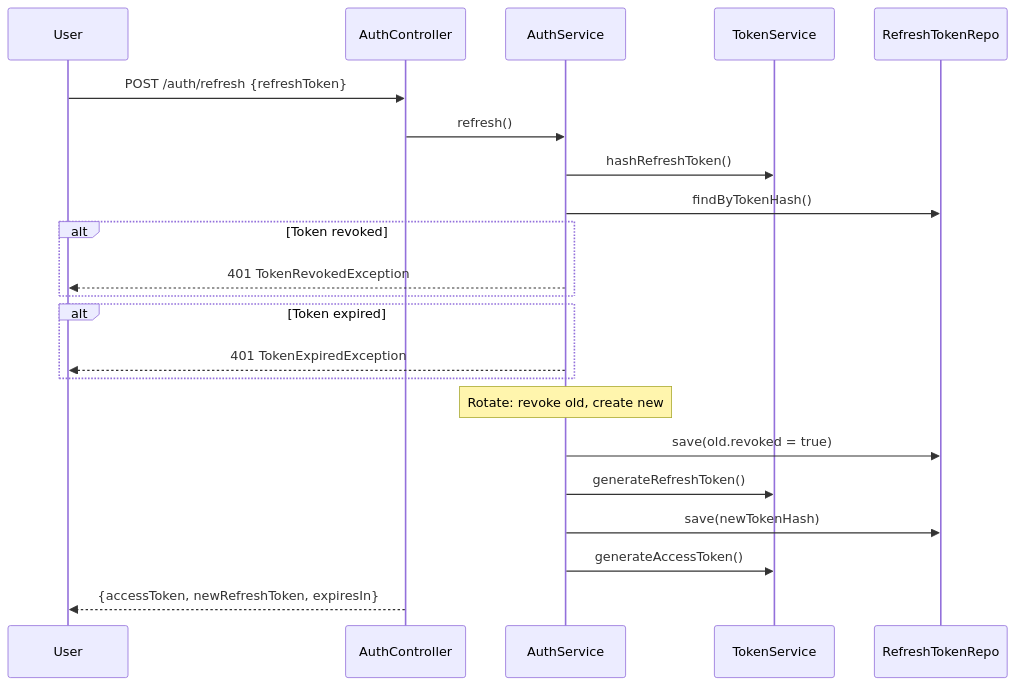
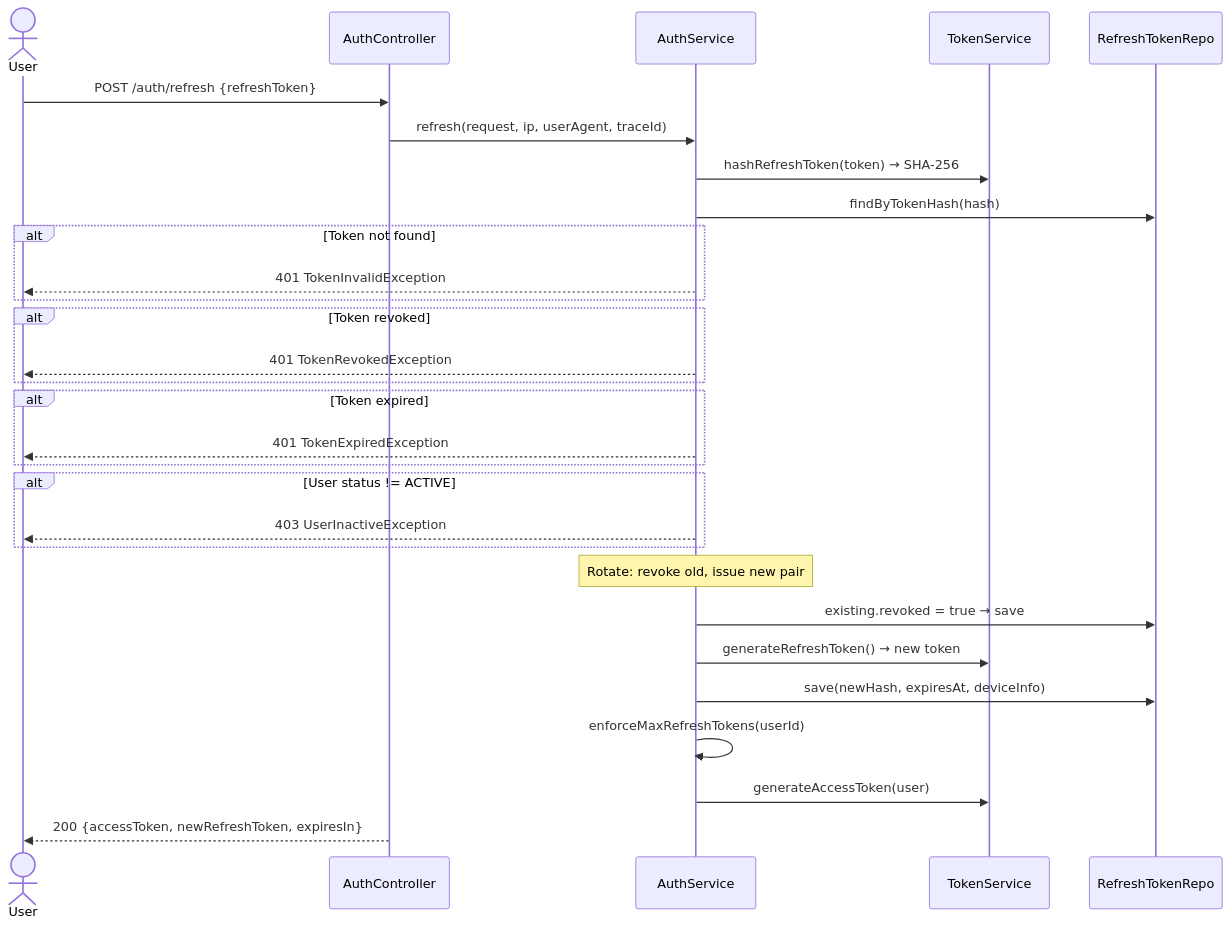
Before and after one commit to sunitakeazycommerz-a11y/InstaCommerce: the fourth of 5 diagrams in services/identity-service/README.md, drawn with Mermaid. The commit also changed other lines of this file and 554 other files, not shown here.

````diff
--- a/services/identity-service/README.md
+++ b/services/identity-service/README.md
@@ -78,19 +301,34 @@
 ```mermaid
 sequenceDiagram
-    User->>AuthController: POST /auth/refresh {refreshToken}
-    AuthController->>AuthService: refresh()
-    AuthService->>TokenService: hashRefreshToken()
-    AuthService->>RefreshTokenRepo: findByTokenHash()
+    actor User
+    participant AC as AuthController
+    participant AS as AuthService
+    participant TS as TokenService
+    participant RTR as RefreshTokenRepo
+
+    User->>AC: POST /auth/refresh {refreshToken}
+    AC->>AS: refresh(request, ip, userAgent, traceId)
+    AS->>TS: hashRefreshToken(token) → SHA-256
+    AS->>RTR: findByTokenHash(hash)
+
+    alt Token not found
+        AS-->>User: 401 TokenInvalidException
+    end
     alt Token revoked
-        AuthService-->>User: 401 TokenRevokedException
+        AS-->>User: 401 TokenRevokedException
     end
     alt Token expired
-        AuthService-->>User: 401 TokenExpiredException
+        AS-->>User: 401 TokenExpiredException
     end
-    Note over AuthService: Rotate: revoke old, create new
-    AuthService->>RefreshTokenRepo: save(old.revoked = true)
-    AuthService->>TokenService: generateRefreshToken()
-    AuthService->>RefreshTokenRepo: save(newTokenHash)
-    AuthService->>TokenService: generateAccessToken()
-    AuthController-->>User: {accessToken, newRefreshToken, expiresIn}
+    alt User status != ACTIVE
+        AS-->>User: 403 UserInactiveException
+    end
+
+    Note over AS: Rotate: revoke old, issue new pair
+    AS->>RTR: existing.revoked = true → save
+    AS->>TS: generateRefreshToken() → new token
+    AS->>RTR: save(newHash, expiresAt, deviceInfo)
+    AS->>AS: enforceMaxRefreshTokens(userId)
+    AS->>TS: generateAccessToken(user)
+    AC-->>User: 200 {accessToken, newRefreshToken, expiresIn}
 ```
````
